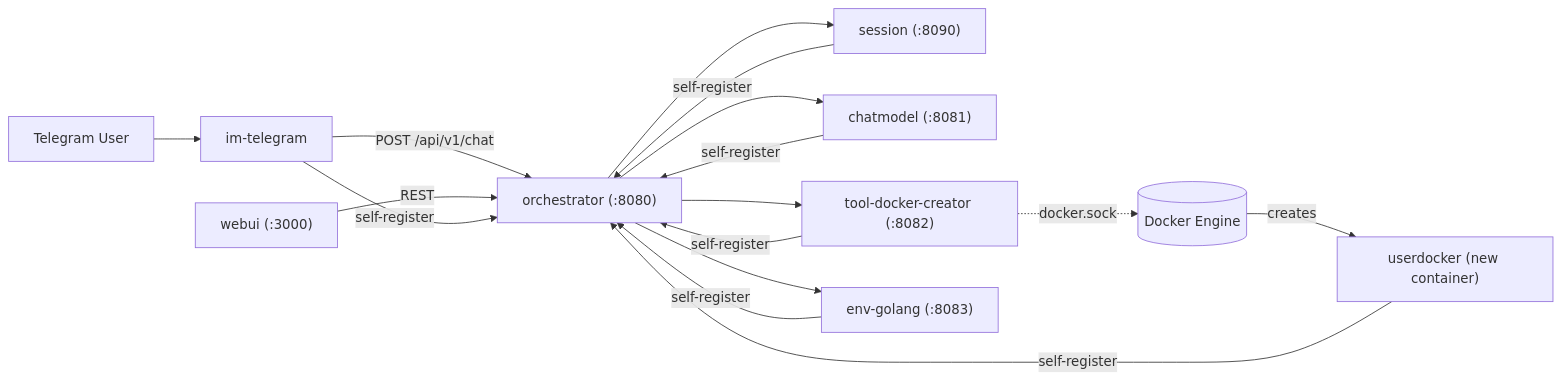
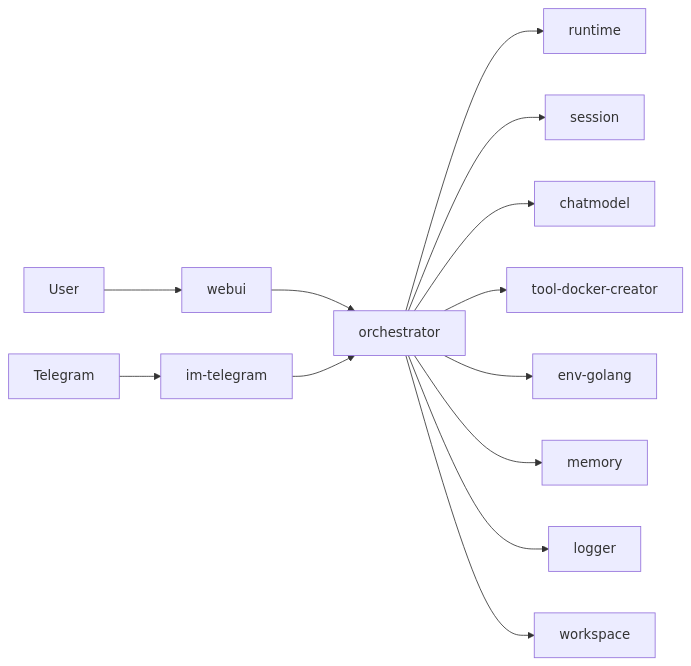
The diagram in README.md (WhaleMesh/WhaleBot), drawn with Mermaid before and after one commit. The commit also changed other lines of this file and 2 other files, not shown here.

````diff
--- a/README.md
+++ b/README.md
@@ -58,18 +17,15 @@
 ```mermaid
 flowchart LR
-  U["Telegram User"] --> IM["im-telegram"]
-  IM -->|"POST /api/v1/chat"| O["orchestrator (:8080)"]
-  WUI["webui (:3000)"] -->|REST| O
-  O --> S["session (:8090)"]
-  O --> M["chatmodel (:8081)"]
-  O --> T["tool-docker-creator (:8082)"]
-  O --> E["env-golang (:8083)"]
-  T -. "docker.sock" .-> D[("Docker Engine")]
-  D -->|"creates"| UD["userdocker (new container)"]
-  UD -->|"self-register"| O
-  IM -->|"self-register"| O
-  S -->|"self-register"| O
-  M -->|"self-register"| O
-  T -->|"self-register"| O
-  E -->|"self-register"| O
+  user["User"] --> webui["webui"]
+  tg["Telegram"] --> imTelegram["im-telegram"]
+  webui --> orchestrator["orchestrator"]
+  imTelegram --> orchestrator
+  orchestrator --> runtime["runtime"]
+  orchestrator --> session["session"]
+  orchestrator --> chatmodel["chatmodel"]
+  orchestrator --> toolDocker["tool-docker-creator"]
+  orchestrator --> envGolang["env-golang"]
+  orchestrator --> memory["memory"]
+  orchestrator --> logger["logger"]
+  orchestrator --> workspace["workspace"]
 ```
````
